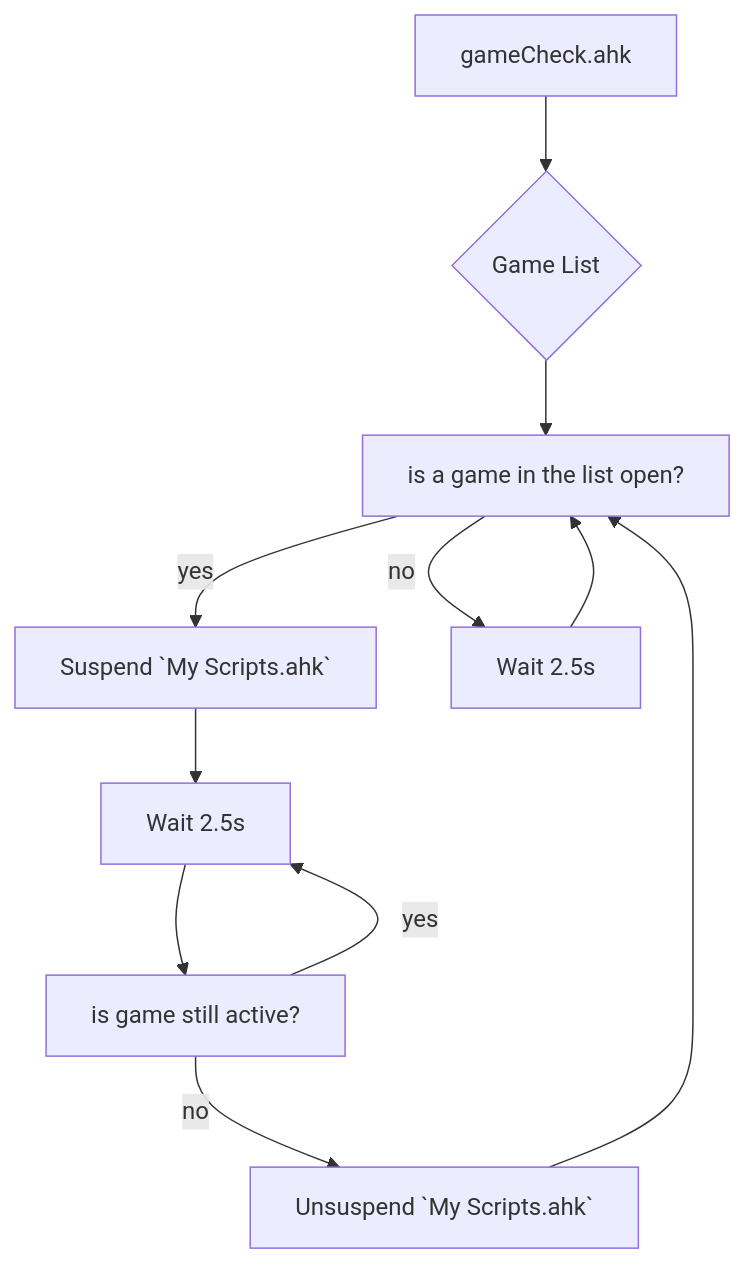
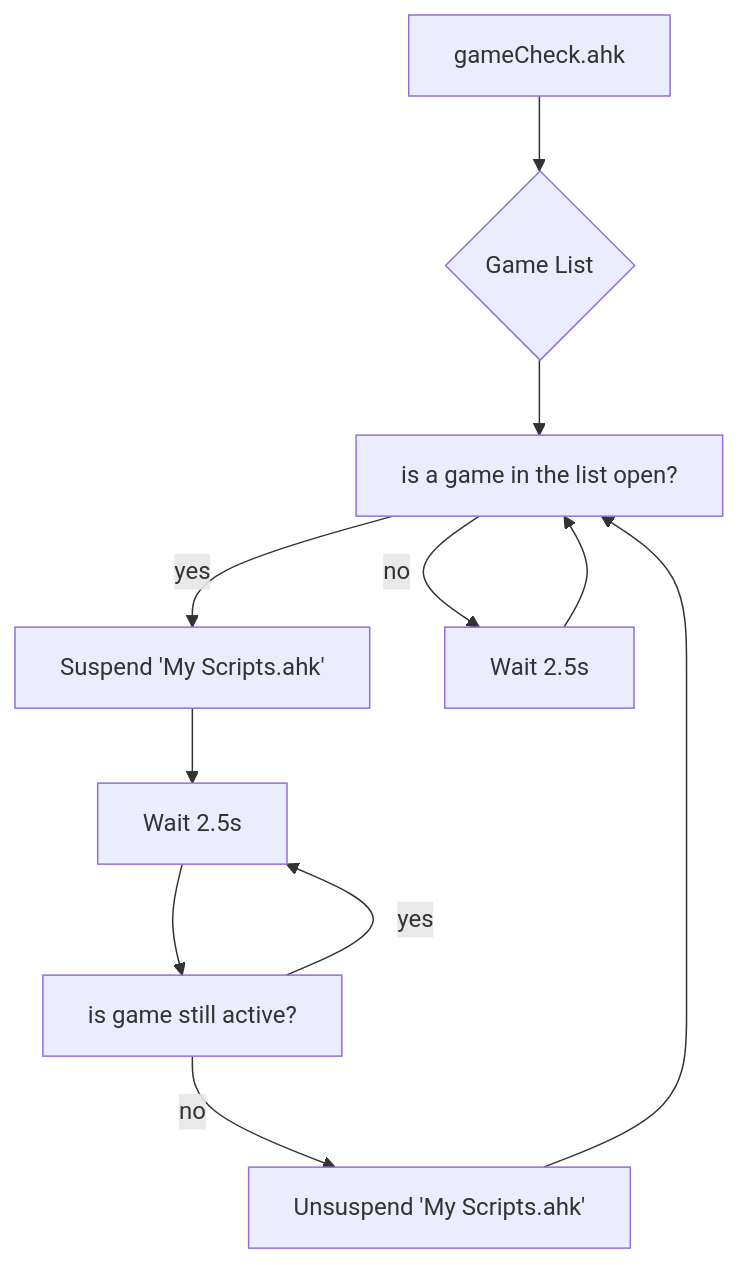
The diagram in README.md (Tomshiii/ahk), drawn with Mermaid before and after one commit.

Commit message:
fix mermaid rendering in readme

````diff
--- a/README.md
+++ b/README.md
@@ -63,13 +63,13 @@
 ```mermaid
   graph TD;
       A[gameCheck.ahk]-->B{Game List};
       B --> C[is a game in the list open?];
 
-      C -- yes --> D[Suspend `My Scripts.ahk`]
+      C -- yes --> D[Suspend 'My Scripts.ahk']
       C -- no --> E[Wait 2.5s] --> C
 
       D --> H --> F[is game still active?]
       F -- yes --> H[Wait 2.5s]
-      F -- no --> G[Unsuspend `My Scripts.ahk`]
+      F -- no --> G[Unsuspend 'My Scripts.ahk']
       G --> C
 ```
````
